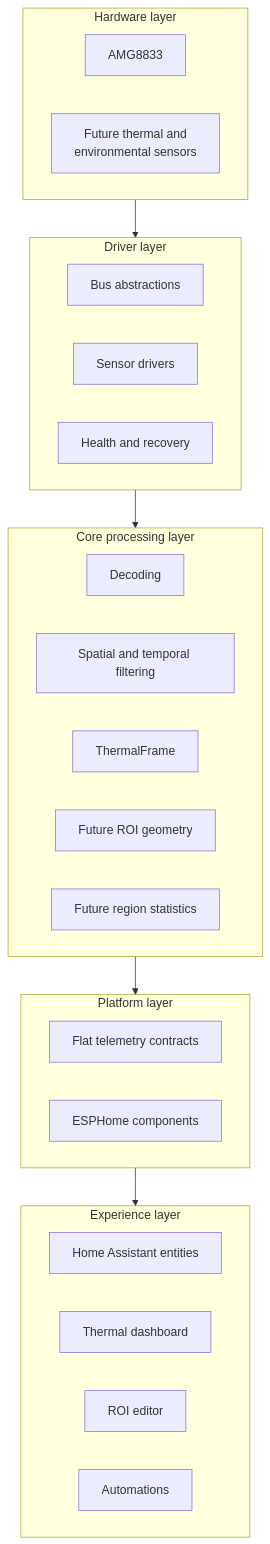
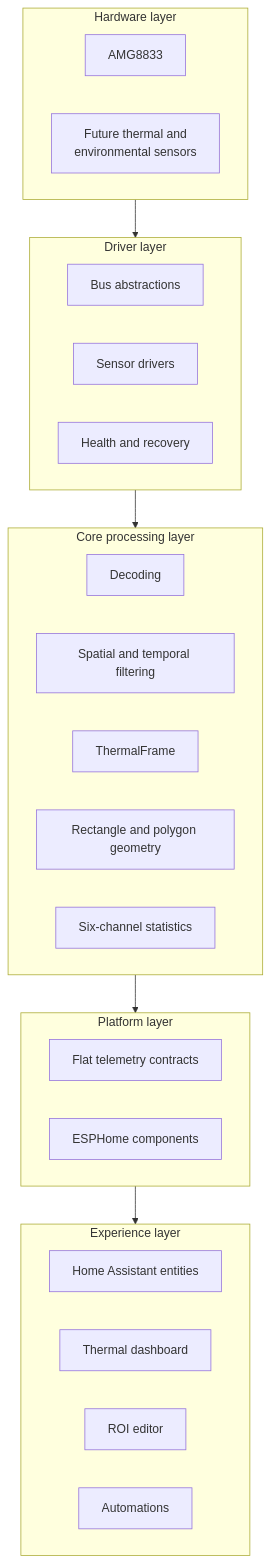
One commit to FishKepping/LeafSense changed the second of 12 diagrams in docs/Architecture.md. Above: the diagram before and after it, drawn with Mermaid. The commit also changed other lines of this file and 10 other files, not shown here.

````diff
--- a/docs/Architecture.md
+++ b/docs/Architecture.md
@@ -49,35 +49,35 @@
 ```mermaid
 flowchart TB
     subgraph Hardware["Hardware layer"]
         AMG["AMG8833"]
         FutureSensors["Future thermal and<br/>environmental sensors"]
     end
 
     subgraph Driver["Driver layer"]
         Bus["Bus abstractions"]
         SensorDrivers["Sensor drivers"]
         Recovery["Health and recovery"]
     end
 
     subgraph Core["Core processing layer"]
         Decode["Decoding"]
         Filters["Spatial and temporal filtering"]
         Frames["ThermalFrame"]
-        Geometry["Future ROI geometry"]
-        RegionStats["Future region statistics"]
+        Geometry["Rectangle and polygon geometry"]
+        RegionStats["Six-channel statistics"]
     end
 
     subgraph Platform["Platform layer"]
         Telemetry["Flat telemetry contracts"]
         ESPHome["ESPHome components"]
     end
 
     subgraph Experience["Experience layer"]
         Entities["Home Assistant entities"]
         Dashboard["Thermal dashboard"]
         Editor["ROI editor"]
         Automation["Automations"]
     end
 
     Hardware --> Driver --> Core --> Platform --> Experience
 ```
````
